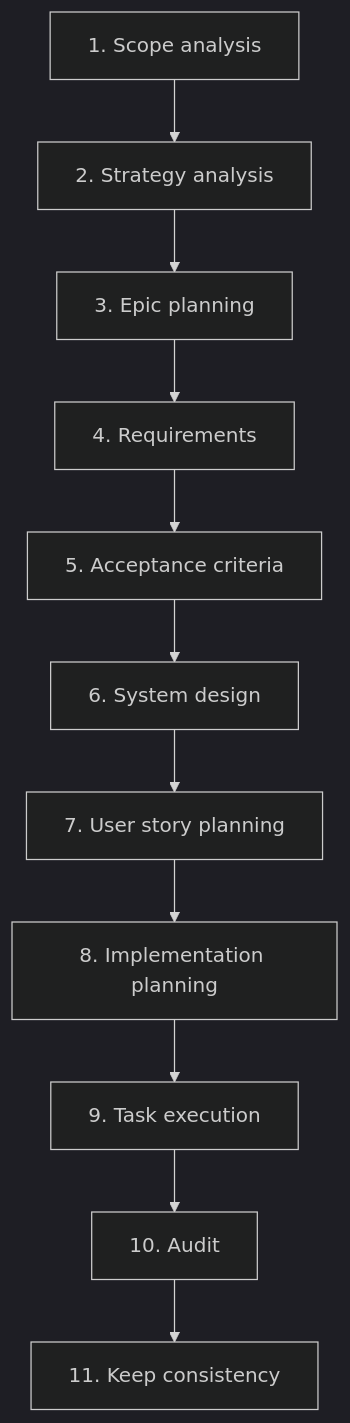
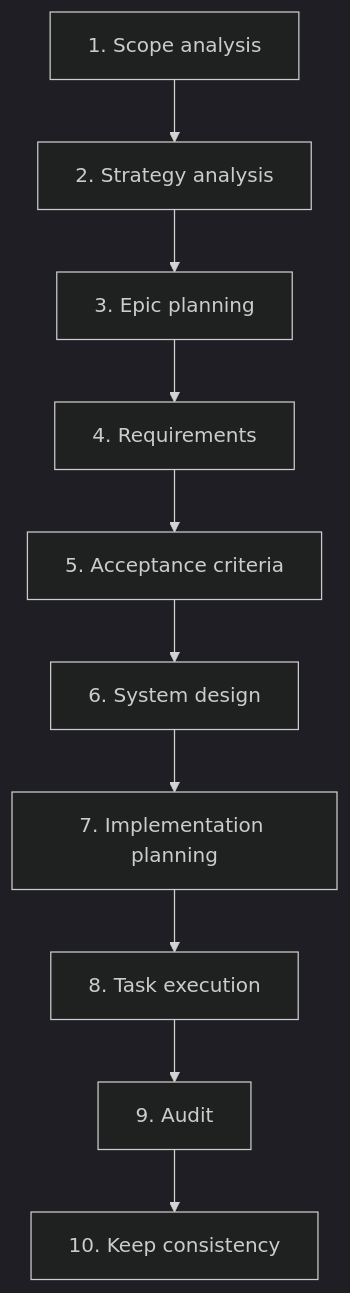
Before and after one commit to asubbot/personal-assistant: the first of 2 diagrams in ai-sdlc/specification/pipeline.spec.md, drawn with Mermaid (dark theme). The commit also changed other lines of this file and 27 other files, not shown here.

````diff
--- a/ai-sdlc/specification/pipeline.spec.md
+++ b/ai-sdlc/specification/pipeline.spec.md
@@ -19,15 +18,14 @@
 ```mermaid
 flowchart TB
   A[1. Scope analysis]
   B[2. Strategy analysis]
   C[3. Epic planning]
   D[4. Requirements]
   E[5. Acceptance criteria]
   F[6. System design]
-  G[7. User story planning]
-  H[8. Implementation planning]
-  I[9. Task execution]
-  J[10. Audit]
-  K[11. Keep consistency]
-  A --> B --> C --> D --> E --> F --> G --> H --> I --> J --> K
+  G[7. Implementation planning]
+  H[8. Task execution]
+  I[9. Audit]
+  J[10. Keep consistency]
+  A --> B --> C --> D --> E --> F --> G --> H --> I --> J
 ```
````
